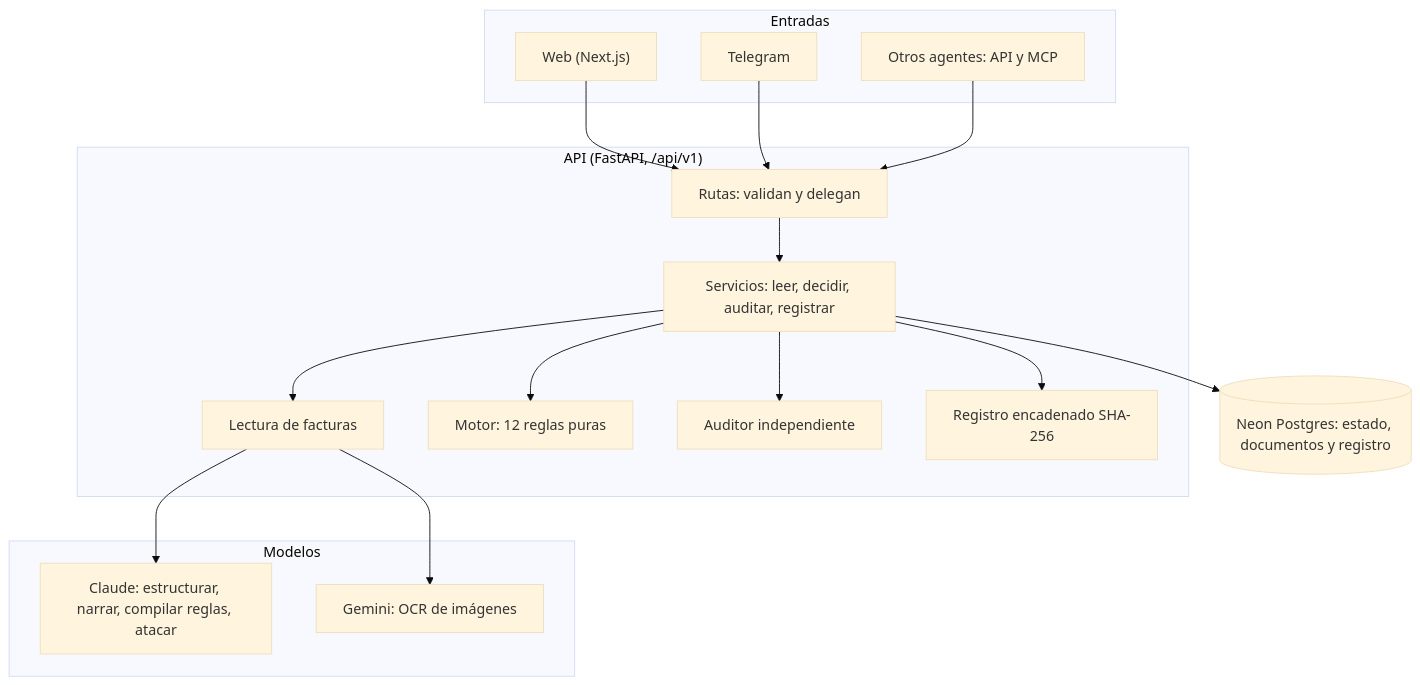
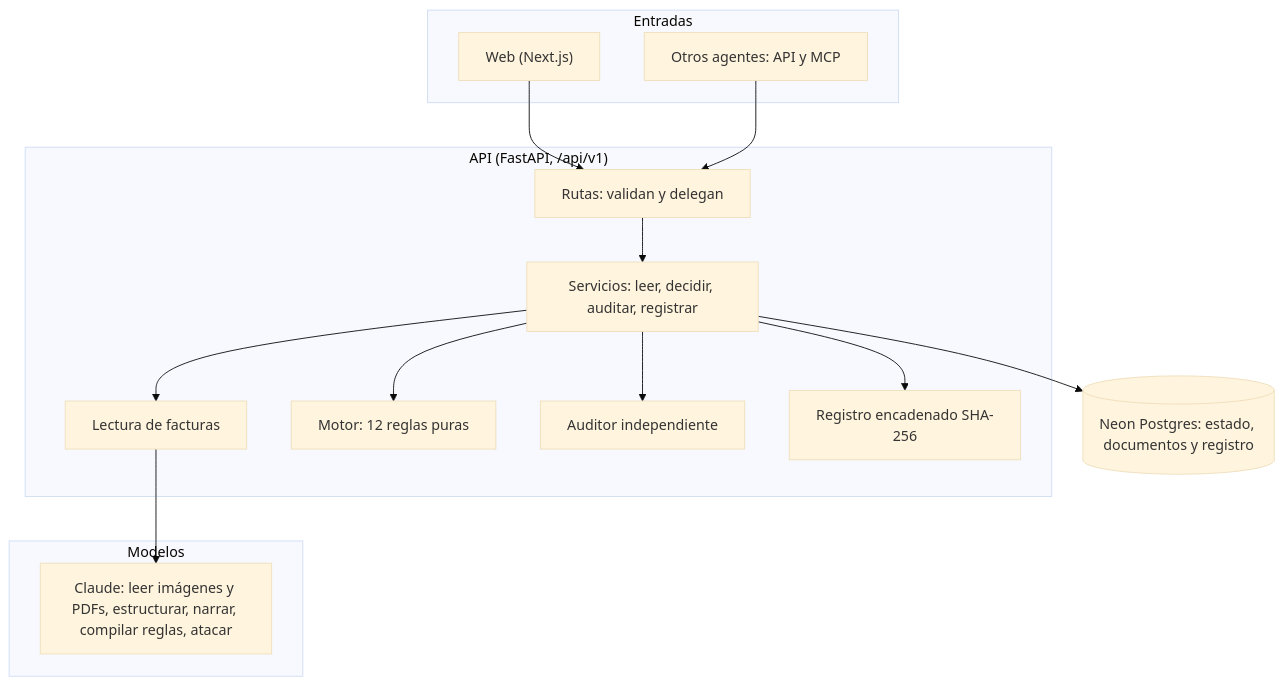
One commit to davidleonb27/blinka-keeper changed the diagram in docs/ARCHITECTURE.md. Above: the diagram before and after it, drawn with Mermaid (base theme). The commit also changed other lines of this file and 5 other files, not shown here.

Commit message:
docs: drop Telegram and Gemini after the scope change

````diff
--- a/docs/ARCHITECTURE.md
+++ b/docs/ARCHITECTURE.md
@@ -6,32 +6,28 @@
 ```mermaid
 flowchart TB
     subgraph Entradas
         WEB["Web (Next.js)"]
-        TG["Telegram"]
         AG["Otros agentes: API y MCP"]
     end
     subgraph API["API (FastAPI, /api/v1)"]
         RUTAS["Rutas: validan y delegan"]
         SERV["Servicios: leer, decidir, auditar, registrar"]
         LECT["Lectura de facturas"]
         MOTOR["Motor: 12 reglas puras"]
         AUD["Auditor independiente"]
         LED["Registro encadenado SHA-256"]
     end
     subgraph Modelos
-        CL["Claude: estructurar, narrar, compilar reglas, atacar"]
-        GE["Gemini: OCR de imágenes"]
+        CL["Claude: leer imágenes y PDFs, estructurar, narrar, compilar reglas, atacar"]
     end
     DB[("Neon Postgres: estado, documentos y registro")]
     WEB --> RUTAS
-    TG --> RUTAS
     AG --> RUTAS
     RUTAS --> SERV
     SERV --> LECT
     LECT --> CL
-    LECT --> GE
     SERV --> MOTOR
     SERV --> AUD
     SERV --> LED
     SERV --> DB
 ```
````
